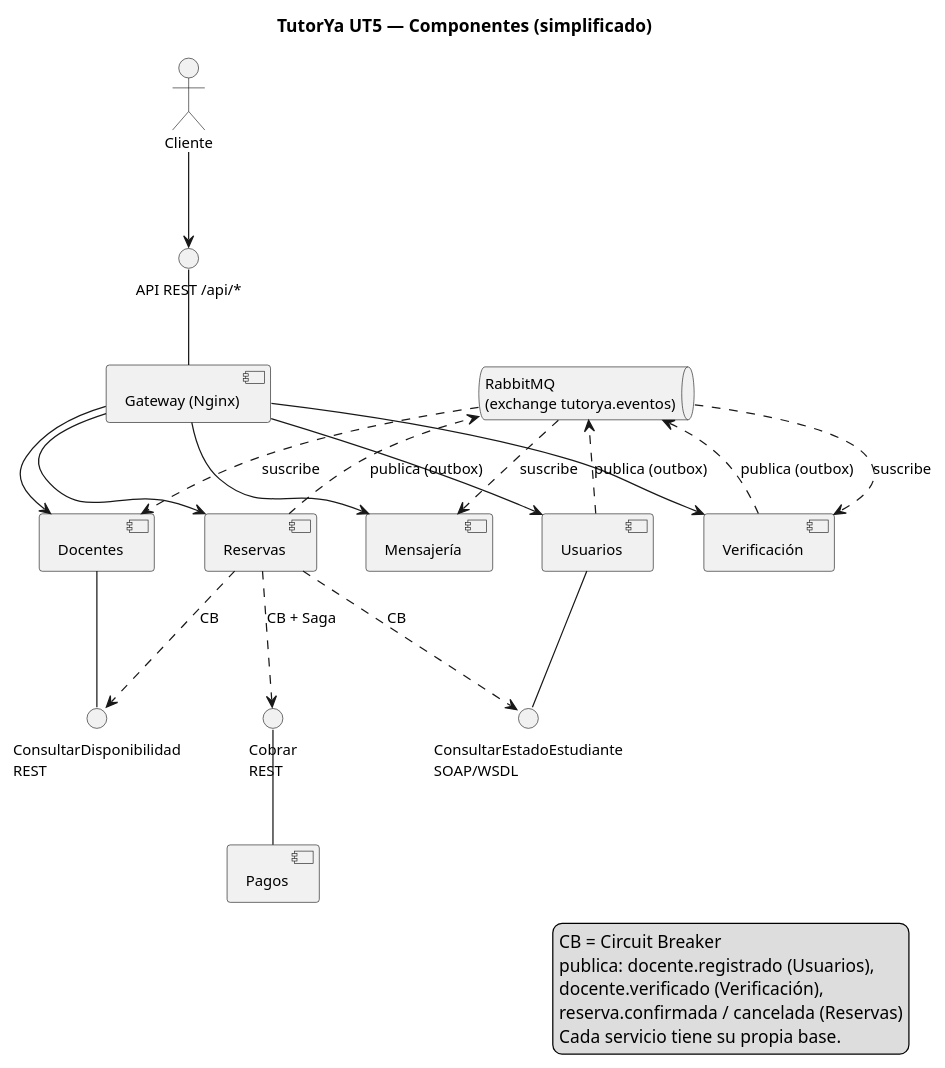
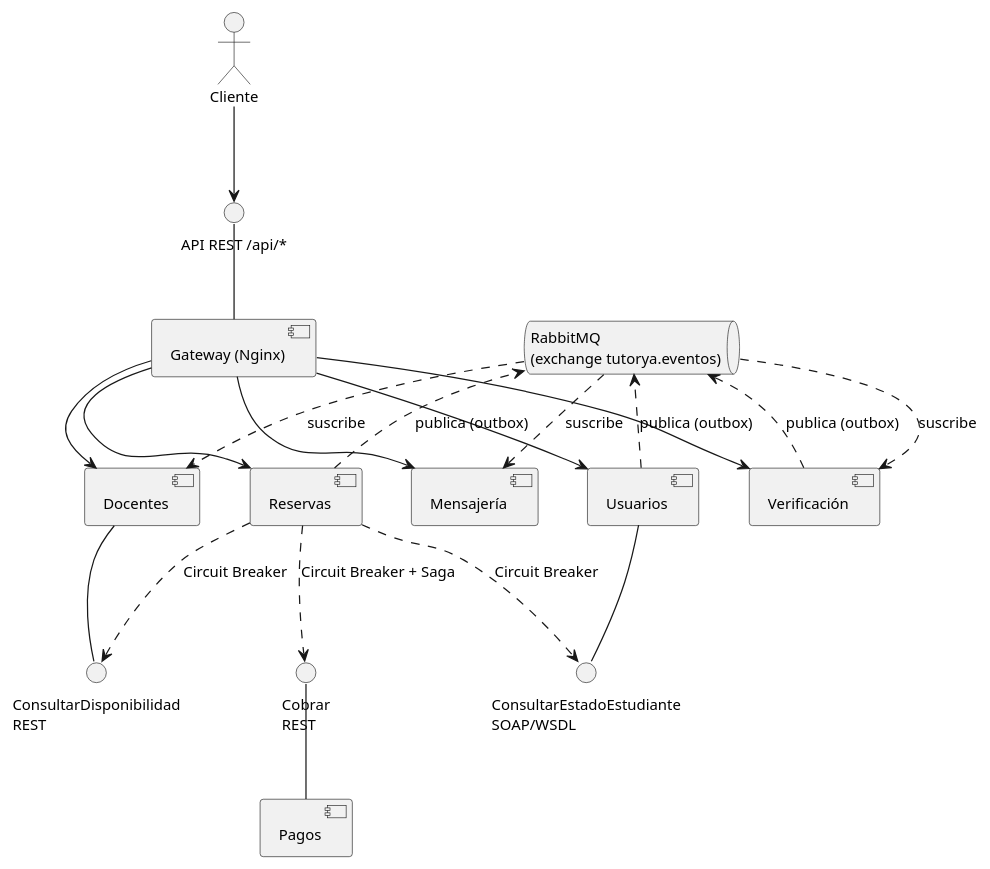
Before and after one commit to SebastianCuneo/tutorYA: the diagram in docs/ut5/componentes.puml, drawn with PlantUML. The commit also changed 7 other files, not shown here.

First line of the commit message:
UT5: diagramas en blanco y negro, sin títulos ni notas

```diff
--- a/docs/ut5/componentes.puml
+++ b/docs/ut5/componentes.puml
@@ -1,55 +1,50 @@
 @startuml componentes
+skinparam monochrome true
+skinparam shadowing false
+skinparam defaultFontName Arial
+skinparam defaultFontSize 12
+skinparam backgroundColor white
 skinparam componentStyle uml2
-skinparam shadowing false
-skinparam defaultFontSize 12
 skinparam nodesep 40
 skinparam ranksep 55
-title TutorYa UT5 — Componentes (simplificado)
 
 actor Cliente
 component "Gateway (Nginx)" as GW
 interface "API REST /api/*" as IREST
 Cliente --> IREST
 IREST -- GW
 
 together {
   component "Usuarios" as U
   component "Docentes" as D
   component "Mensajería" as M
   component "Verificación" as V
   component "Reservas" as R
 }
 component "Pagos" as P
 queue "RabbitMQ\n(exchange tutorya.eventos)" as MQ
 
 GW --> U
 GW --> D
 GW --> M
 GW --> V
 GW --> R
 
 interface "ConsultarEstadoEstudiante\nSOAP/WSDL" as ISOAP
 interface "ConsultarDisponibilidad\nREST" as IDISP
 interface "Cobrar\nREST" as ICOB
 U -- ISOAP
 D -- IDISP
 P -up- ICOB
-R ..> ISOAP : CB
-R ..> IDISP : CB
-R ..> ICOB : CB + Saga
+R ..> ISOAP : Circuit Breaker
+R ..> IDISP : Circuit Breaker
+R ..> ICOB : Circuit Breaker + Saga
 
 U ..> MQ : publica (outbox)
 V ..> MQ : publica (outbox)
 R ..> MQ : publica (outbox)
 MQ ..> D : suscribe
 MQ ..> V : suscribe
 MQ ..> M : suscribe
 
-legend right
-  CB = Circuit Breaker
-  publica: docente.registrado (Usuarios),
-  docente.verificado (Verificación),
-  reserva.confirmada / cancelada (Reservas)
-  Cada servicio tiene su propia base.
-endlegend
 @enduml
```
